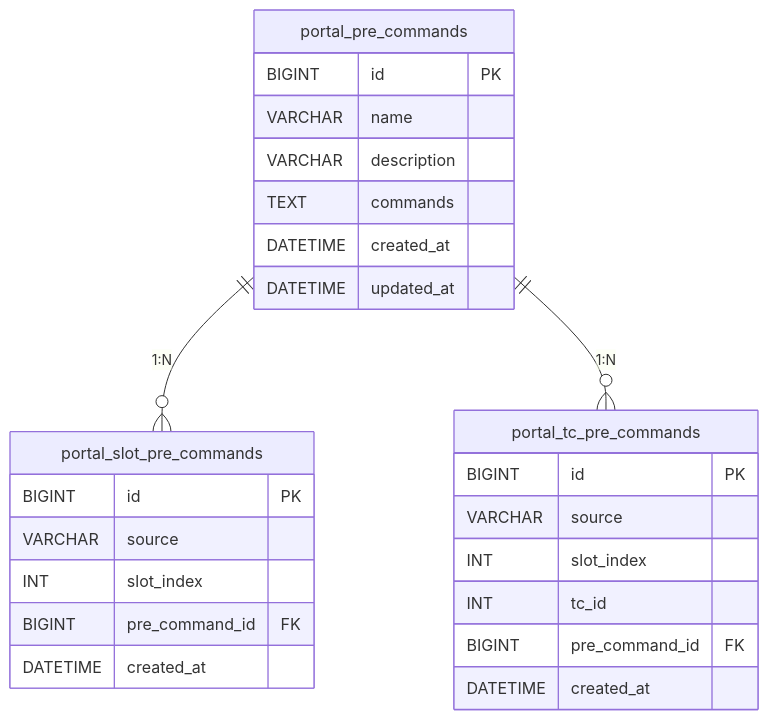
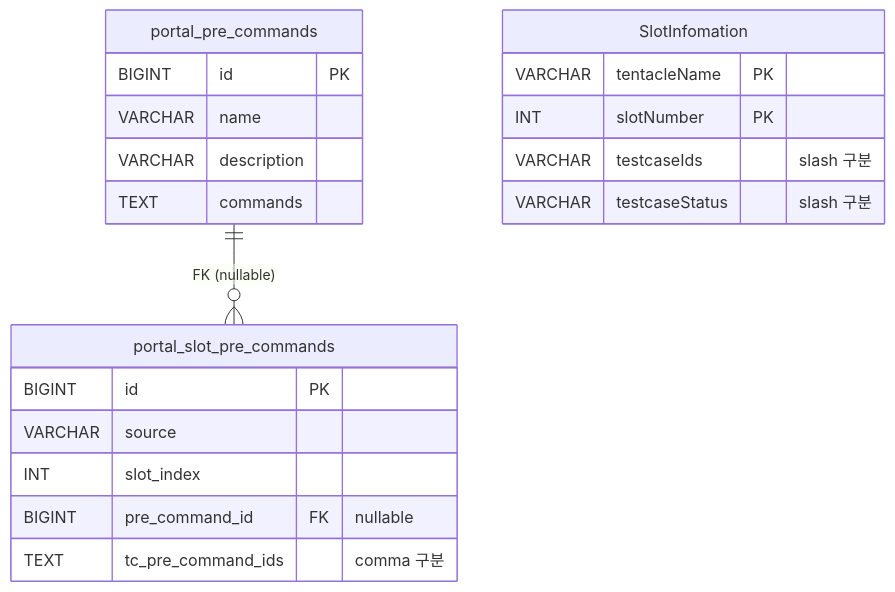
The second of 3 diagrams in src/content/docs/architecture/pre-command.md (kakaromo/kakaromo.github.io), drawn with Mermaid before and after one commit. The commit also changed other lines of this file and 3 other files, not shown here.

First line of the commit message:
docs: Pre-Command 문서 개편 — position 기반 통합 구조, Mockup, DB 흐름

````diff
--- a/src/content/docs/architecture/pre-command.md
+++ b/src/content/docs/architecture/pre-command.md
@@ -133,31 +90,26 @@
 ```mermaid
 erDiagram
-    portal_pre_commands ||--o{ portal_slot_pre_commands : "1:N"
-    portal_pre_commands ||--o{ portal_tc_pre_commands : "1:N"
+    portal_pre_commands ||--o{ portal_slot_pre_commands : "FK (nullable)"
 
     portal_pre_commands {
         BIGINT id PK
         VARCHAR name
         VARCHAR description
         TEXT commands
-        DATETIME created_at
-        DATETIME updated_at
     }
 
     portal_slot_pre_commands {
         BIGINT id PK
         VARCHAR source
         INT slot_index
-        BIGINT pre_command_id FK
-        DATETIME created_at
+        BIGINT pre_command_id FK "nullable"
+        TEXT tc_pre_command_ids "comma 구분"
     }
 
-    portal_tc_pre_commands {
-        BIGINT id PK
-        VARCHAR source
-        INT slot_index
-        INT tc_id
-        BIGINT pre_command_id FK
-        DATETIME created_at
+    SlotInfomation {
+        VARCHAR tentacleName PK
+        INT slotNumber PK
+        VARCHAR testcaseIds "slash 구분"
+        VARCHAR testcaseStatus "slash 구분"
     }
 ```
````
